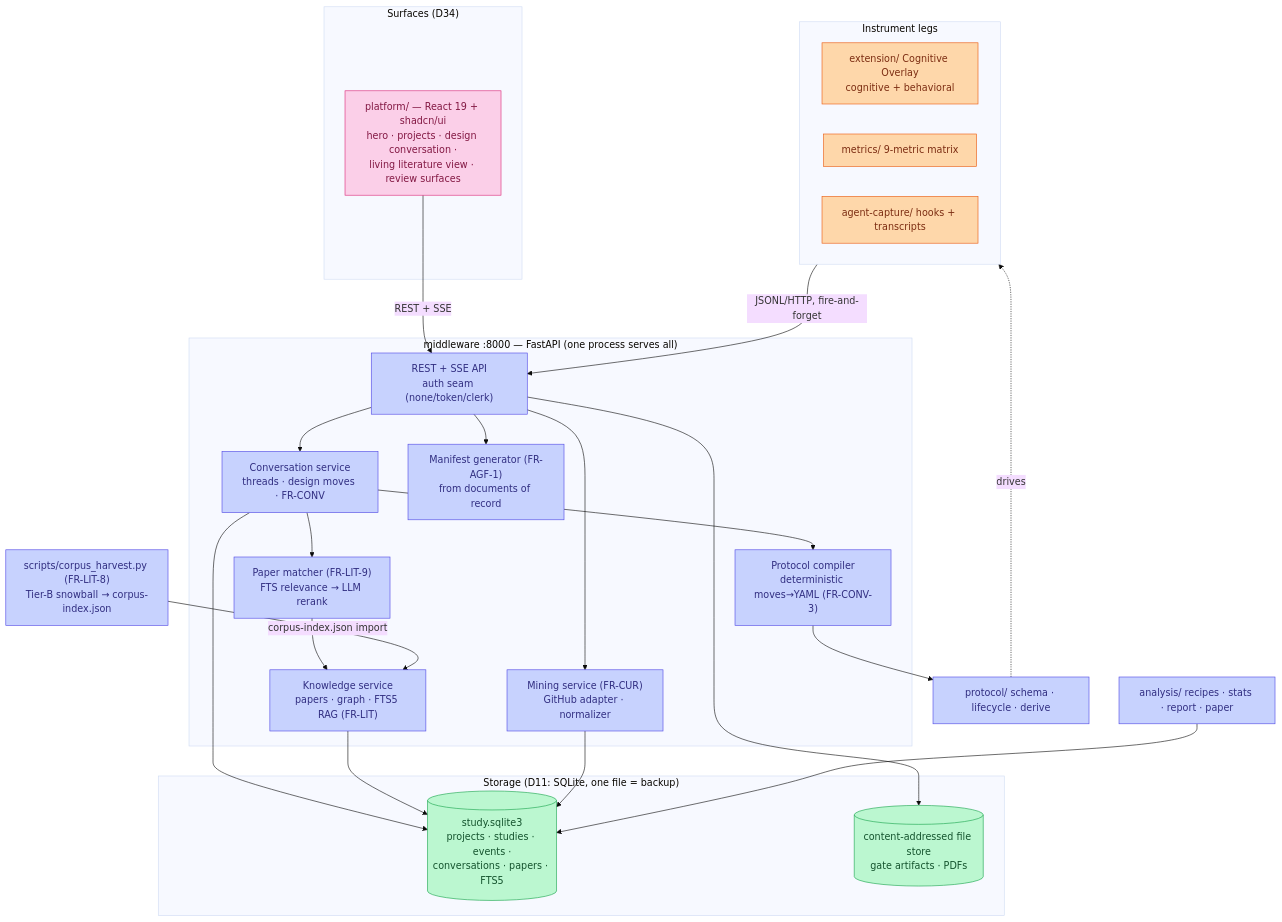
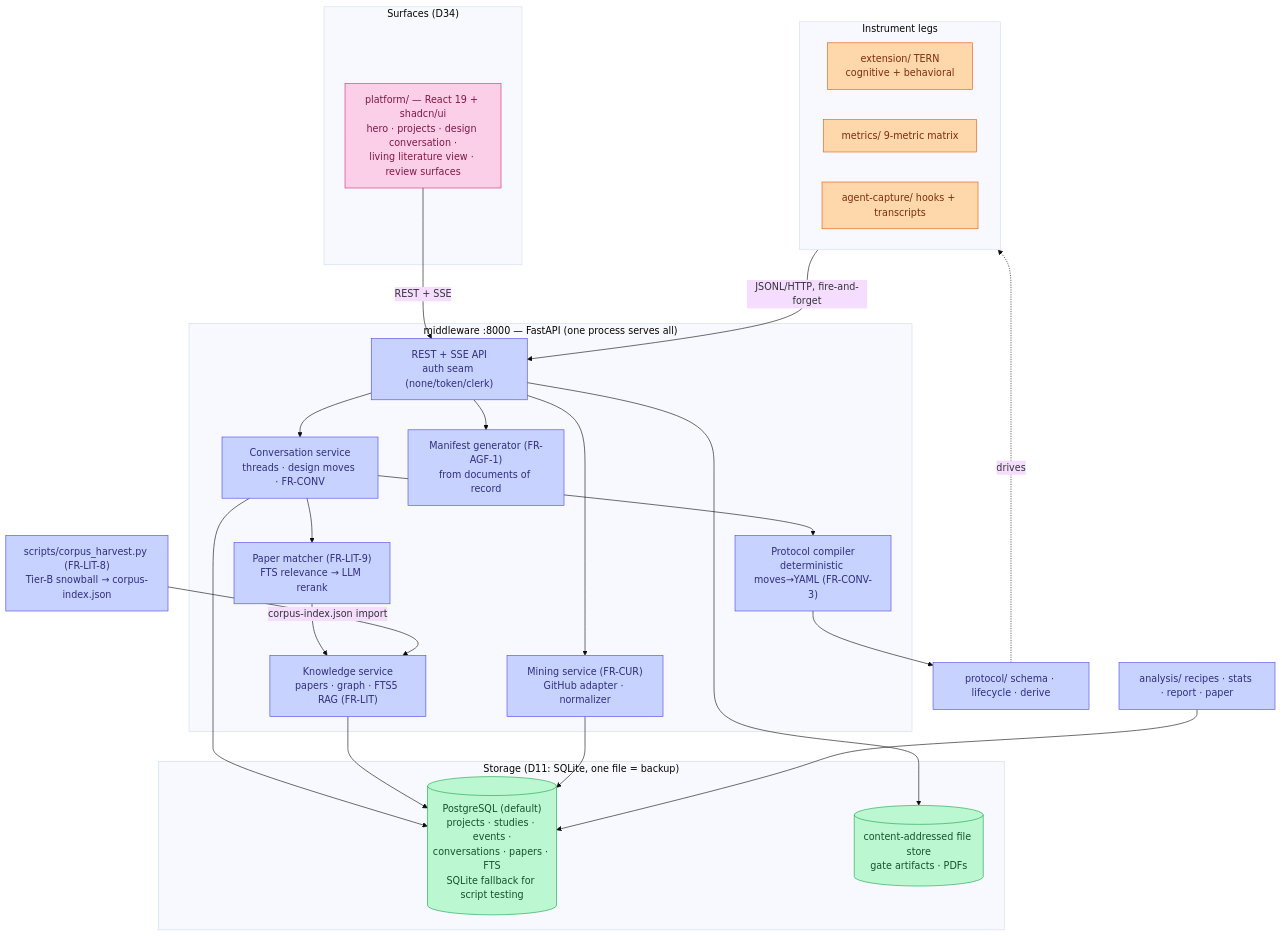
One commit to idreesshaikh/human-ai-studies-framework changed the second of 3 diagrams in docs/design/architecture.md. Above: the diagram before and after it, drawn with Mermaid (base theme). The commit also changed other lines of this file and 193 other files, not shown here.

````diff
--- a/docs/design/architecture.md
+++ b/docs/design/architecture.md
@@ -46,48 +46,48 @@
 ```mermaid
 flowchart TB
     classDef ui fill:#fbcfe8,stroke:#db2777,color:#831843
     classDef svc fill:#c7d2fe,stroke:#4f46e5,color:#312e81
     classDef store fill:#bbf7d0,stroke:#16a34a,color:#14532d
     classDef edge fill:#fed7aa,stroke:#ea580c,color:#7c2d12
 
     subgraph SURFACES["Surfaces (D34)"]
         PLAT["platform/ — React 19 + shadcn/ui<br/>hero · projects · design conversation ·<br/>living literature view · review surfaces"]:::ui
     end
 
     subgraph MW["middleware :8000 — FastAPI (one process serves all)"]
         API["REST + SSE API<br/>auth seam (none/token/clerk)"]:::svc
         CONV["Conversation service<br/>threads · design moves · FR-CONV"]:::svc
         COMPILER["Protocol compiler<br/>deterministic moves→YAML (FR-CONV-3)"]:::svc
         MATCH["Paper matcher (FR-LIT-9)<br/>FTS relevance → LLM rerank"]:::svc
         KNOW["Knowledge service<br/>papers · graph · FTS5 RAG (FR-LIT)"]:::svc
         MINE["Mining service (FR-CUR)<br/>GitHub adapter · normalizer"]:::svc
         MANIFEST["Manifest generator (FR-AGF-1)<br/>from documents of record"]:::svc
     end
 
     subgraph STORES["Storage (D11: SQLite, one file = backup)"]
-        DB[("study.sqlite3<br/>projects · studies · events ·<br/>conversations · papers · FTS5")]:::store
+        DB[("PostgreSQL (default)<br/>projects · studies · events ·<br/>conversations · papers · FTS<br/>SQLite fallback for script testing")]:::store
         FILES[("content-addressed file store<br/>gate artifacts · PDFs")]:::store
     end
 
     subgraph LEGS["Instrument legs"]
-        EXT["extension/ Cognitive Overlay<br/>cognitive + behavioral"]:::edge
+        EXT["extension/ TERN<br/>cognitive + behavioral"]:::edge
         MET["metrics/ 9-metric matrix"]:::edge
         AGC["agent-capture/ hooks + transcripts"]:::edge
     end
 
     HARVEST["scripts/corpus_harvest.py (FR-LIT-8)<br/>Tier-B snowball → corpus-index.json"]:::svc
     ANA["analysis/ recipes · stats · report · paper"]:::svc
     PROTO["protocol/ schema · lifecycle · derive"]:::svc
 
     PLAT -->|REST + SSE| API
     API --> CONV --> COMPILER --> PROTO
     CONV --> MATCH --> KNOW
     API --> MINE
     API --> MANIFEST
     CONV & KNOW & MINE --> DB
     API --> FILES
     LEGS -->|JSONL/HTTP, fire-and-forget| API
     HARVEST -->|corpus-index.json import| KNOW
     ANA --> DB
     PROTO -.->|drives| LEGS
 ```
````
